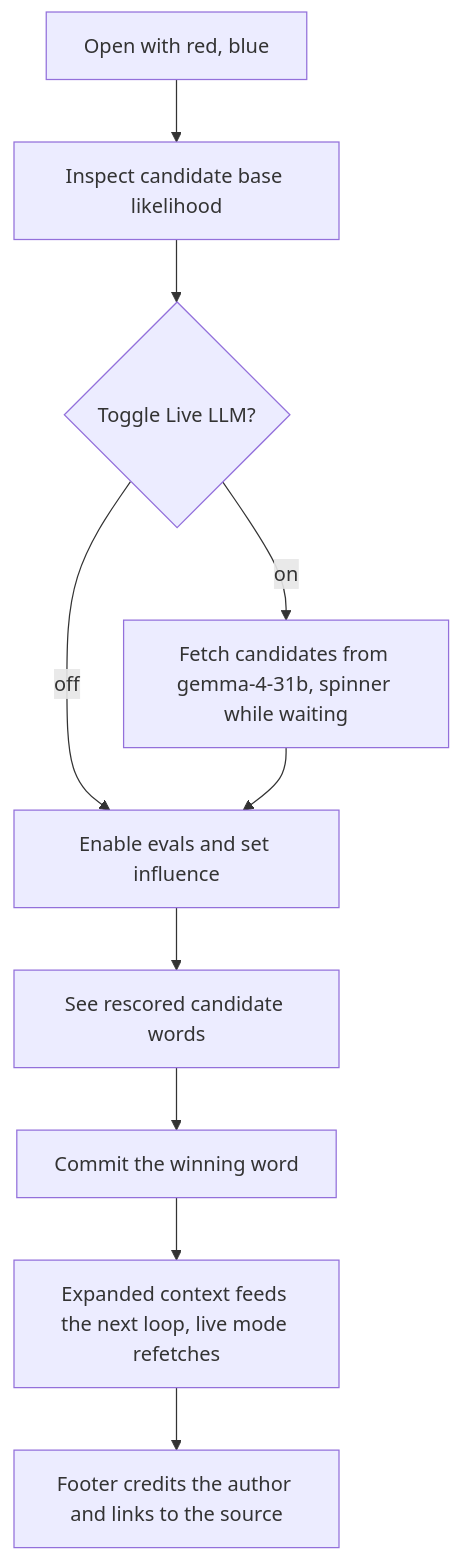
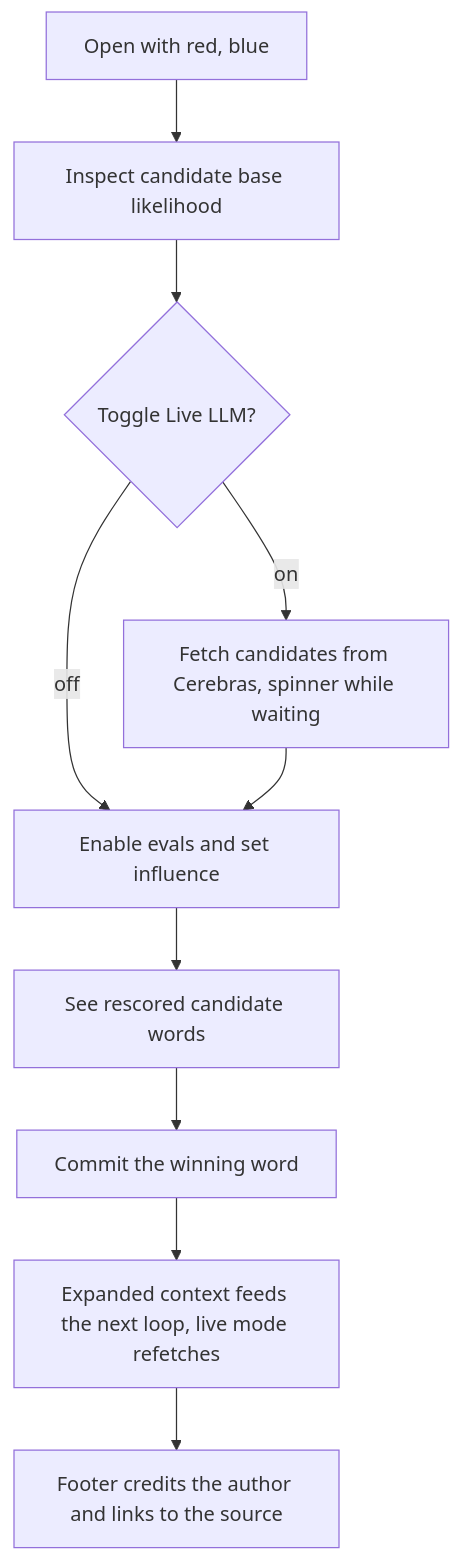
Before and after one commit to johnpfeiffer/demoevals: the second of 2 diagrams in architecture.md, drawn with Mermaid. The commit also changed other lines of this file and 5 other files, not shown here.

Commit message:
shift architecture to depend fully on monorepo backend platform to supply model name

````diff
--- a/architecture.md
+++ b/architecture.md
@@ -42,12 +42,12 @@
 ```mermaid
 flowchart TD
   A[Open with red, blue] --> B[Inspect candidate base likelihood]
   B --> M{Toggle Live LLM?}
   M -->|off| C[Enable evals and set influence]
-  M -->|on| L[Fetch candidates from gemma-4-31b, spinner while waiting]
+  M -->|on| L[Fetch candidates from Cerebras, spinner while waiting]
   L --> C
   C --> D[See rescored candidate words]
   D --> E[Commit the winning word]
   E --> F[Expanded context feeds the next loop, live mode refetches]
   F --> G[Footer credits the author and links to the source]
 ```
````
